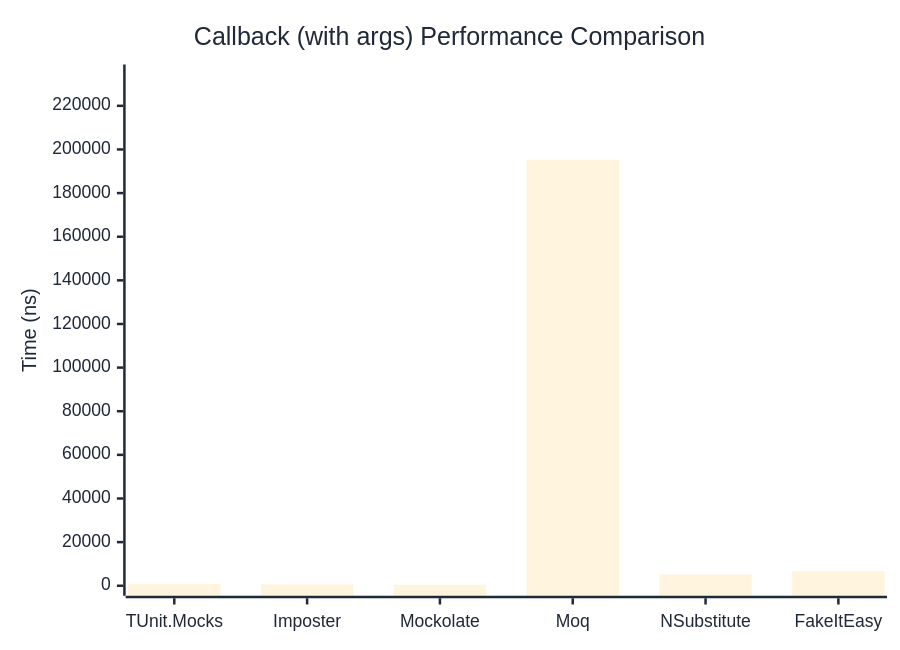
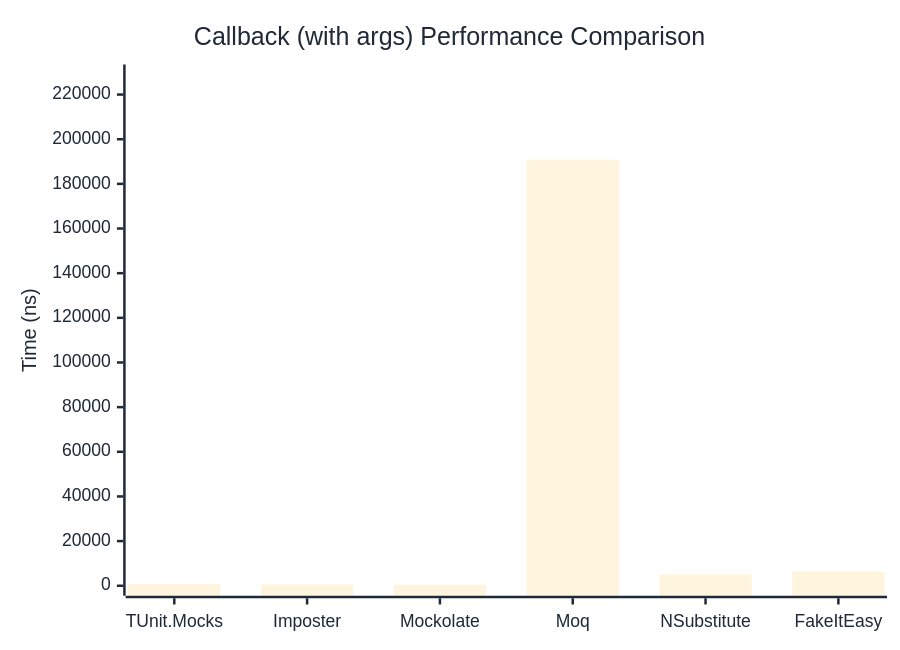
One commit to thomhurst/TUnit changed the second of 2 diagrams in docs/docs/benchmarks/mocks/Callback.md. Above: the diagram before and after it, drawn with Mermaid. The commit also changed other lines of this file and 14 other files, not shown here.

````diff
--- a/docs/docs/benchmarks/mocks/Callback.md
+++ b/docs/docs/benchmarks/mocks/Callback.md
@@ -69,27 +69,27 @@
 ```mermaid
 %%{init: {
   'theme':'base',
   'themeVariables': {
     'primaryColor': '#2563eb',
     'primaryTextColor': '#1f2937',
     'primaryBorderColor': '#1e40af',
     'lineColor': '#6b7280',
     'secondaryColor': '#7c3aed',
     'tertiaryColor': '#dc2626',
     'background': '#ffffff',
     'pie1': '#2563eb',
     'pie2': '#7c3aed',
     'pie3': '#dc2626',
     'pie4': '#f59e0b',
     'pie5': '#10b981',
     'pie6': '#06b6d4',
     'pie7': '#ec4899',
     'pie8': '#6366f1'
   }
 }}%%
 xychart-beta
   title "Callback (with args) Performance Comparison"
   x-axis ["TUnit.Mocks", "Imposter", "Mockolate", "Moq", "NSubstitute", "FakeItEasy"]
-  y-axis "Time (ns)" 0 --> 234359
-  bar [872.7, 597.2, 453.2, 195298.7, 5159.7, 6626.5]
+  y-axis "Time (ns)" 0 --> 228988
+  bar [719.1, 527.7, 410.7, 190822.6, 4999.6, 6298.8]
 ```
````
